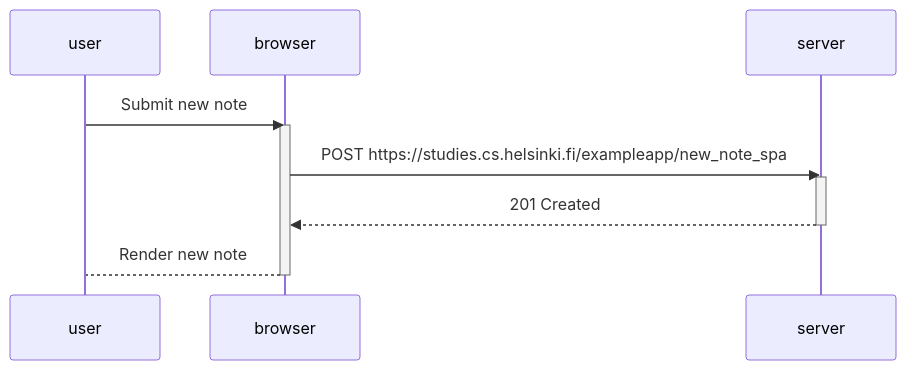
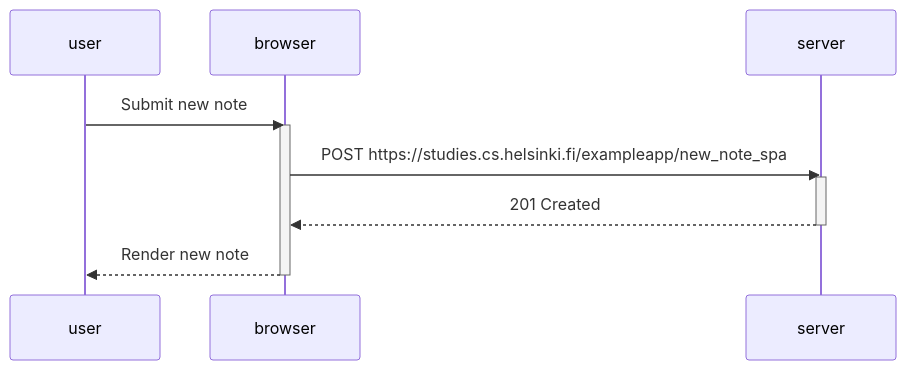
Before and after one commit to NguyenLe1605/full-stack-open: the third of 3 diagrams in part0/Exercises.md, drawn with Mermaid.

Commit message:
Exercise part 0

````diff
--- a/part0/Exercises.md
+++ b/part0/Exercises.md
@@ -69,18 +69,18 @@
 ```mermaid
 sequenceDiagram
 
 	participant user
 	participant browser
 	participant server
 	
 	user ->> browser: Submit new note
 	activate browser
 	
 	browser ->> server: POST https://studies.cs.helsinki.fi/exampleapp/new_note_spa
 	activate server
 	server -->> browser: 201 Created
 	deactivate server 
 
-	browser --> user: Render new note
+	browser -->> user: Render new note
 	deactivate browser
 ```
````
